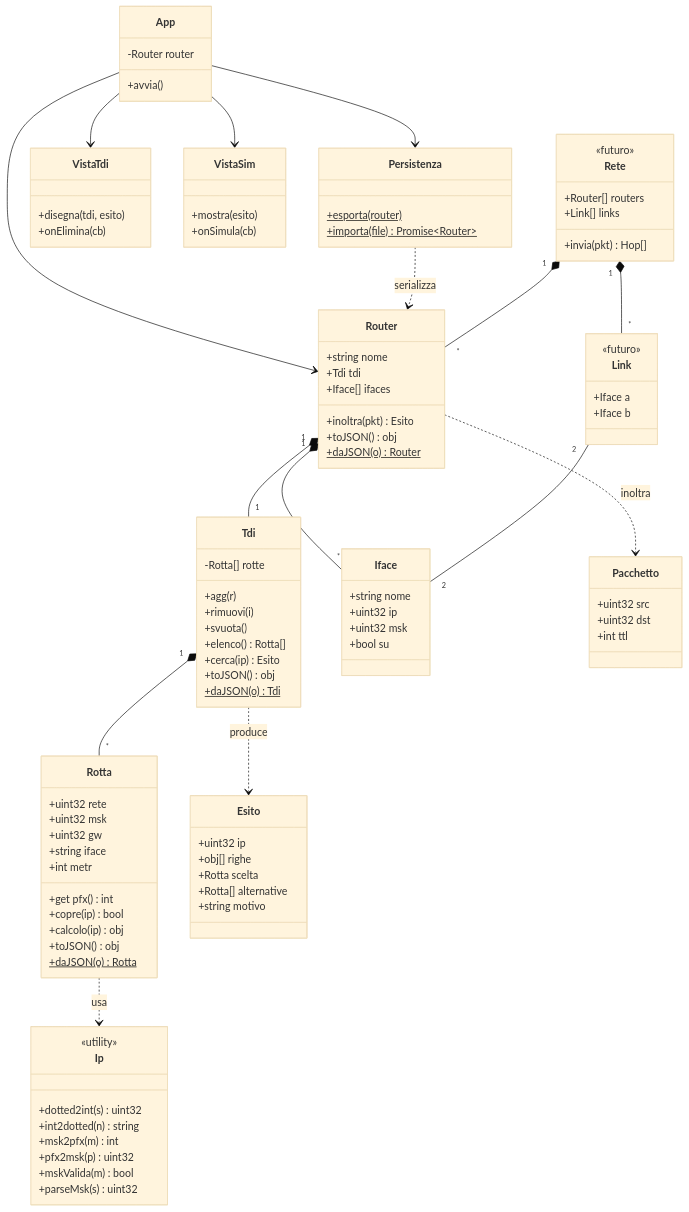
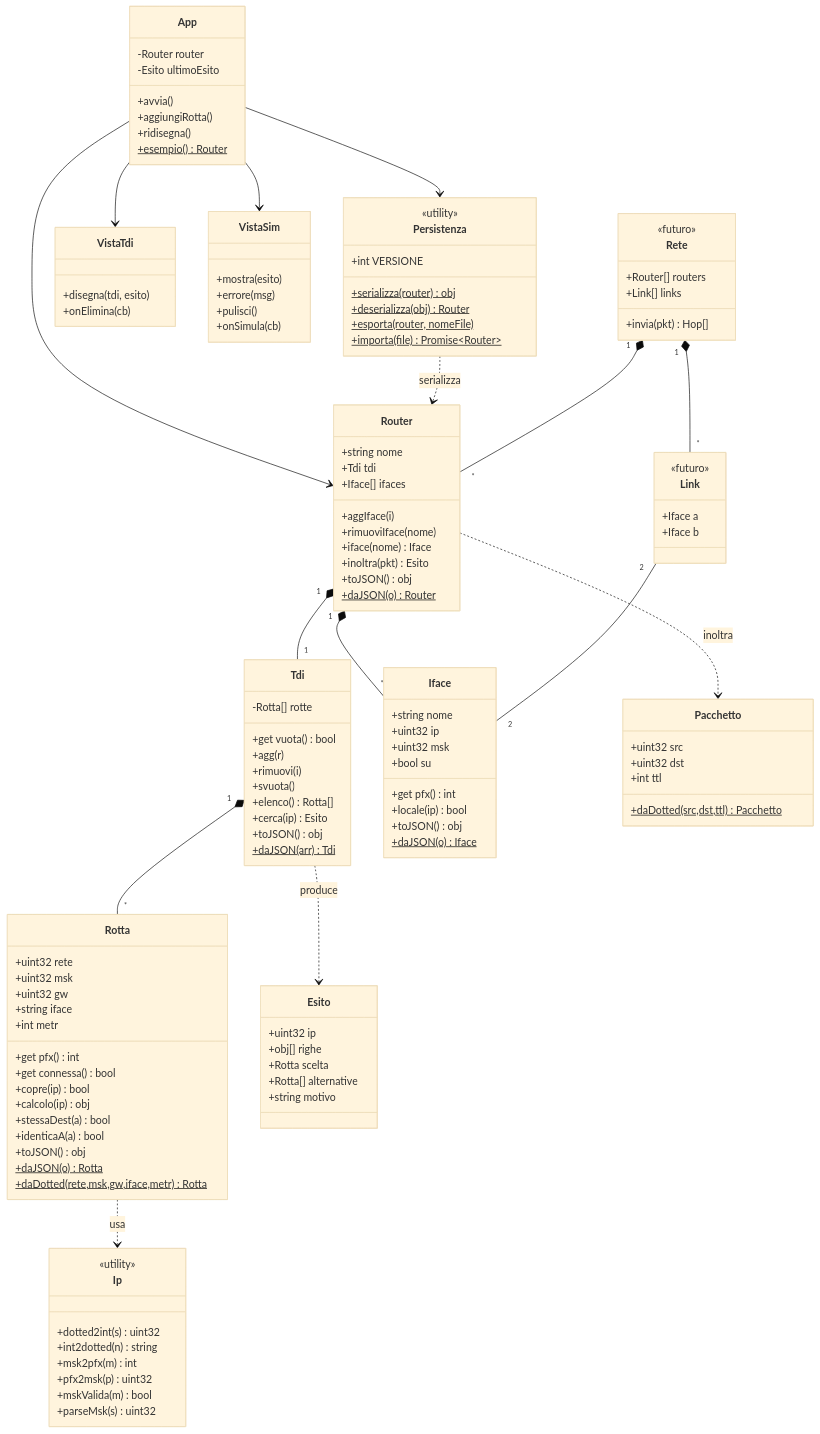
Before and after one commit to giofornari/ROUTER-GUI: the diagram in docs/superpowers/specs/2026-08-15-router-gui-design.md, drawn with Mermaid (base theme). The commit also changed other lines of this file and 13 other files, not shown here.

First line of the commit message:
style: accenti italiani nei commenti + UML allineato al codice

```diff
--- a/docs/superpowers/specs/2026-08-15-router-gui-design.md
+++ b/docs/superpowers/specs/2026-08-15-router-gui-design.md
@@ -163,20 +163,25 @@
         +string iface
         +int metr
         +get pfx() int
+        +get connessa() bool
         +copre(ip) bool
         +calcolo(ip) obj
+        +stessaDest(a) bool
+        +identicaA(a) bool
         +toJSON() obj
         +daJSON(o)$ Rotta
+        +daDotted(rete,msk,gw,iface,metr)$ Rotta
     }
     class Tdi {
         -Rotta[] rotte
+        +get vuota() bool
         +agg(r)
         +rimuovi(i)
         +svuota()
         +elenco() Rotta[]
         +cerca(ip) Esito
         +toJSON() obj
-        +daJSON(o)$ Tdi
+        +daJSON(arr)$ Tdi
     }
     class Esito {
         +uint32 ip
@@ -189,6 +194,9 @@
         +string nome
         +Tdi tdi
         +Iface[] ifaces
+        +aggIface(i)
+        +rimuoviIface(nome)
+        +iface(nome) Iface
         +inoltra(pkt) Esito
         +toJSON() obj
         +daJSON(o)$ Router
@@ -198,14 +206,23 @@
         +uint32 ip
         +uint32 msk
         +bool su
+        +get pfx() int
+        +locale(ip) bool
+        +toJSON() obj
+        +daJSON(o)$ Iface
     }
     class Pacchetto {
         +uint32 src
         +uint32 dst
         +int ttl
+        +daDotted(src,dst,ttl)$ Pacchetto
     }
     class Persistenza {
-        +esporta(router)$
+        <<utility>>
+        +int VERSIONE
+        +serializza(router)$ obj
+        +deserializza(obj)$ Router
+        +esporta(router, nomeFile)$
         +importa(file)$ Promise~Router~
     }
     class VistaTdi {
@@ -214,11 +231,17 @@
     }
     class VistaSim {
         +mostra(esito)
+        +errore(msg)
+        +pulisci()
         +onSimula(cb)
     }
     class App {
         -Router router
+        -Esito ultimoEsito
         +avvia()
+        +aggiungiRotta()
+        +ridisegna()
+        +esempio()$ Router
     }
 
     Router "1" *-- "1" Tdi
```
